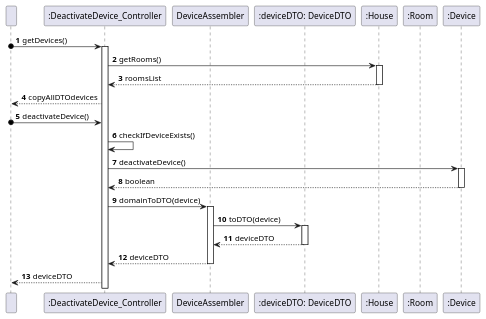
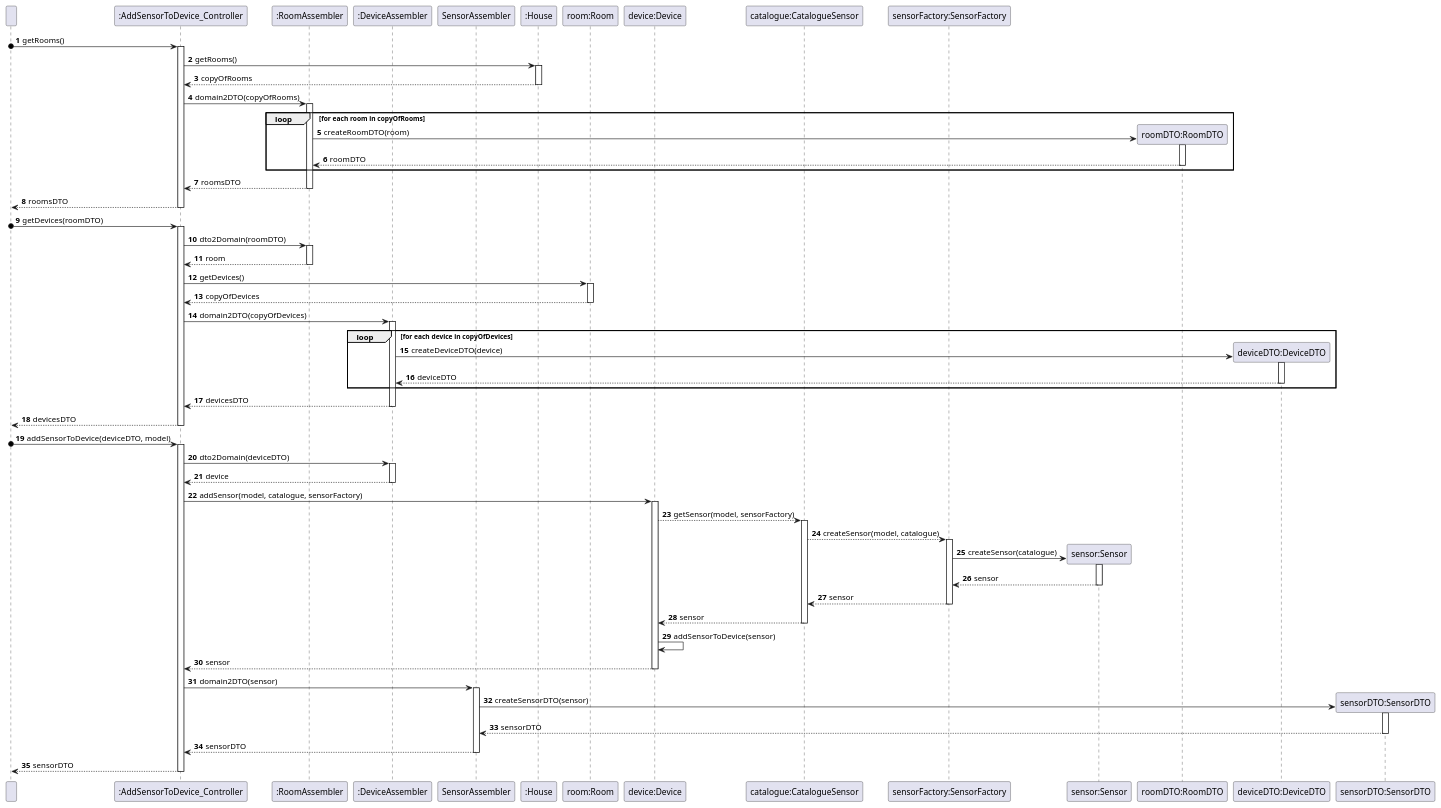
The diagram in docs/ood/SequenceDiagram/US07AddSensorToDevice.puml (olivDiogo/SmartHome), drawn with PlantUML before and after one commit.

Commit message:
#37 US07 sequence diagram

```diff
--- a/docs/ood/SequenceDiagram/US07AddSensorToDevice.puml
+++ b/docs/ood/SequenceDiagram/US07AddSensorToDevice.puml
@@ -1,48 +1,185 @@
 @startuml
 'https://plantuml.com/sequence-diagram
 
 participant " " as User
 
-participant ":DeactivateDevice_Controller" as AddSensorToDevice_Controller
+participant ":AddSensorToDevice_Controller" as AddSensorToDevice_Controller
 
-participant "DeviceAssembler" as DeviceAssembler
+participant ":RoomAssembler" as RoomAssembler
 
-participant ":deviceDTO: DeviceDTO" as DeviceDTO
+participant ":DeviceAssembler" as DeviceAssembler
+
+participant "SensorAssembler" as SensorAssembler
 
 participant ":House" as House
 
-participant ":Room" as Room
+participant "room:Room" as Room
 
-participant ":Device" as Device
+participant "device:Device" as Device
+
+participant "catalogue:CatalogueSensor" as CatalogueSensor
+
+participant "sensorFactory:SensorFactory" as SensorFactory
+
+participant "sensor:Sensor" as Sensor
+
+participant "roomDTO:RoomDTO" as RoomDTO
+
+participant "deviceDTO:DeviceDTO" as DeviceDTO
+
+participant "sensorDTO:SensorDTO" as SensorDTO
 
 autonumber
 
-User o-> AddSensorToDevice_Controller: getDevices()
+'----------------------------------------------------'
+
+User o-> AddSensorToDevice_Controller: getRooms()
 
 activate AddSensorToDevice_Controller
 
 AddSensorToDevice_Controller -> House: getRooms()
+
 activate House
-House --> AddSensorToDevice_Controller: roomsList
+
+House --> AddSensorToDevice_Controller: copyOfRooms
+
 deactivate House
 
-AddSensorToDevice_Controller --> User: copyAllDTOdevices
+AddSensorToDevice_Controller -> RoomAssembler: domain2DTO(copyOfRooms)
 
-User o-> AddSensorToDevice_Controller: deactivateDevice()
-AddSensorToDevice_Controller -> AddSensorToDevice_Controller: checkIfDeviceExists()
-AddSensorToDevice_Controller -> Device: deactivateDevice()
+activate RoomAssembler
+
+loop for each room in copyOfRooms
+
+create RoomDTO
+    RoomAssembler -> RoomDTO: createRoomDTO(room)
+    activate RoomDTO
+    RoomDTO --> RoomAssembler: roomDTO
+    deactivate RoomDTO
+end
+
+RoomAssembler --> AddSensorToDevice_Controller: roomsDTO
+
+deactivate RoomAssembler
+
+AddSensorToDevice_Controller --> User: roomsDTO
+
+deactivate AddSensorToDevice_Controller
+
+'----------------------------------------------------'
+
+User o-> AddSensorToDevice_Controller: getDevices(roomDTO)
+
+activate AddSensorToDevice_Controller
+
+AddSensorToDevice_Controller -> RoomAssembler: dto2Domain(roomDTO)
+
+activate RoomAssembler
+
+RoomAssembler --> AddSensorToDevice_Controller: room
+
+deactivate RoomAssembler
+
+AddSensorToDevice_Controller -> Room: getDevices()
+
+activate Room
+
+Room --> AddSensorToDevice_Controller: copyOfDevices
+
+deactivate Room
+
+AddSensorToDevice_Controller -> DeviceAssembler: domain2DTO(copyOfDevices)
+
+activate DeviceAssembler
+
+loop for each device in copyOfDevices
+
+create DeviceDTO
+    DeviceAssembler -> DeviceDTO: createDeviceDTO(device)
+    activate DeviceDTO
+    DeviceDTO --> DeviceAssembler: deviceDTO
+    deactivate DeviceDTO
+end
+
+DeviceAssembler --> AddSensorToDevice_Controller: devicesDTO
+
+deactivate DeviceAssembler
+
+AddSensorToDevice_Controller --> User: devicesDTO
+
+deactivate AddSensorToDevice_Controller
+
+'----------------------------------------------------'
+
+User o-> AddSensorToDevice_Controller: addSensorToDevice(deviceDTO, model)
+
+activate AddSensorToDevice_Controller
+
+AddSensorToDevice_Controller -> DeviceAssembler: dto2Domain(deviceDTO)
+
+activate DeviceAssembler
+
+DeviceAssembler --> AddSensorToDevice_Controller: device
+
+deactivate DeviceAssembler
+
+AddSensorToDevice_Controller -> Device: addSensor(model, catalogue, sensorFactory)
+
 activate Device
-Device --> AddSensorToDevice_Controller: boolean
+
+Device --> CatalogueSensor: getSensor(model, sensorFactory)
+
+activate CatalogueSensor
+
+CatalogueSensor --> SensorFactory: createSensor(model, catalogue)
+
+activate SensorFactory
+
+create Sensor
+
+SensorFactory -> Sensor: createSensor(catalogue)
+
+activate Sensor
+
+Sensor --> SensorFactory: sensor
+
+deactivate Sensor
+
+SensorFactory --> CatalogueSensor: sensor
+
+deactivate SensorFactory
+
+CatalogueSensor --> Device: sensor
+
+deactivate CatalogueSensor
+
+Device -> Device: addSensorToDevice(sensor)
+
+Device --> AddSensorToDevice_Controller: sensor
+
 deactivate Device
 
-AddSensorToDevice_Controller -> DeviceAssembler: domainToDTO(device)
-activate DeviceAssembler
-DeviceAssembler -> DeviceDTO: toDTO(device)
-activate DeviceDTO
-DeviceDTO --> DeviceAssembler: deviceDTO
-deactivate DeviceDTO
-DeviceAssembler --> AddSensorToDevice_Controller: deviceDTO
-deactivate DeviceAssembler
-AddSensorToDevice_Controller --> User: deviceDTO
+AddSensorToDevice_Controller -> SensorAssembler: domain2DTO(sensor)
+
+activate SensorAssembler
+
+create SensorDTO
+
+SensorAssembler -> SensorDTO: createSensorDTO(sensor)
+
+activate SensorDTO
+
+SensorDTO --> SensorAssembler: sensorDTO
+
+deactivate SensorDTO
+
+SensorAssembler --> AddSensorToDevice_Controller: sensorDTO
+
+deactivate SensorAssembler
+
+AddSensorToDevice_Controller --> User: sensorDTO
+
+deactivate AddSensorToDevice_Controller
+
 
 @enduml
```
